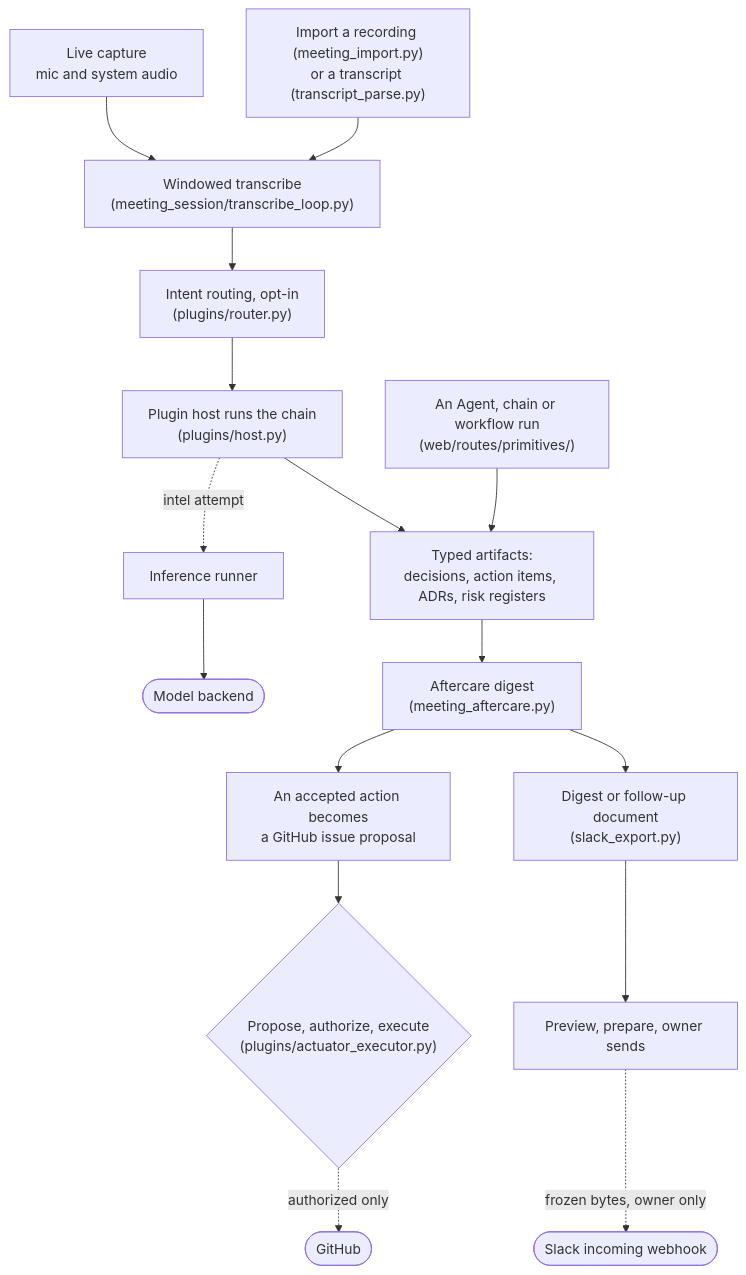
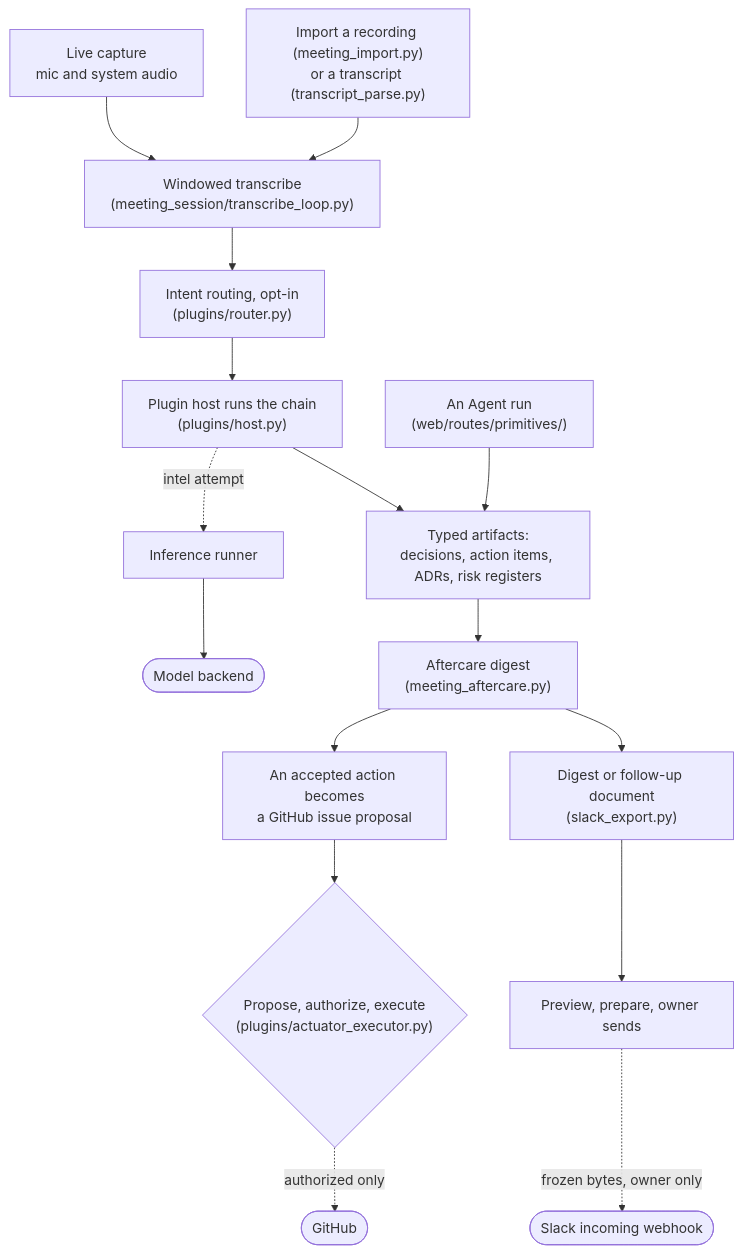
Before and after one commit to karolswdev/HoldSpeak: the fourth of 8 diagrams in docs/ARCHITECTURE.md, drawn with Mermaid. The commit also changed other lines of this file and 53 other files, not shown here.

First line of the commit message:
Sequences fold into the recipe run; park the Sequence/Workflow runner

````diff
--- a/docs/ARCHITECTURE.md
+++ b/docs/ARCHITECTURE.md
@@ -300,19 +300,19 @@
 ```mermaid
 flowchart TD
   LIVE["Live capture<br/>mic and system audio"] --> TRW
   IMP["Import a recording (meeting_import.py)<br/>or a transcript (transcript_parse.py)"] --> TRW
   TRW["Windowed transcribe<br/>(meeting_session/transcribe_loop.py)"] --> ROUTE
   ROUTE["Intent routing, opt-in<br/>(plugins/router.py)"] --> HOST
   HOST["Plugin host runs the chain<br/>(plugins/host.py)"]
   HOST -. "intel attempt" .-> IR["Inference runner"]
   IR --> LLM(["Model backend"])
   HOST --> ART["Typed artifacts:<br/>decisions, action items, ADRs, risk registers"]
-  RUNB["An Agent, chain or workflow run<br/>(web/routes/primitives/)"] --> ART
+  RUNB["An Agent run<br/>(web/routes/primitives/)"] --> ART
   ART --> AFT["Aftercare digest<br/>(meeting_aftercare.py)"]
   AFT --> ISSUE["An accepted action becomes<br/>a GitHub issue proposal"]
   AFT --> SLACK["Digest or follow-up document<br/>(slack_export.py)"]
   ISSUE --> APV{"Propose, authorize, execute<br/>(plugins/actuator_executor.py)"}
   SLACK --> SEND["Preview, prepare, owner sends"]
   SEND -. "frozen bytes, owner only" .-> SLEXT(["Slack incoming webhook"])
   APV -. "authorized only" .-> EXT(["GitHub"])
 ```
````
